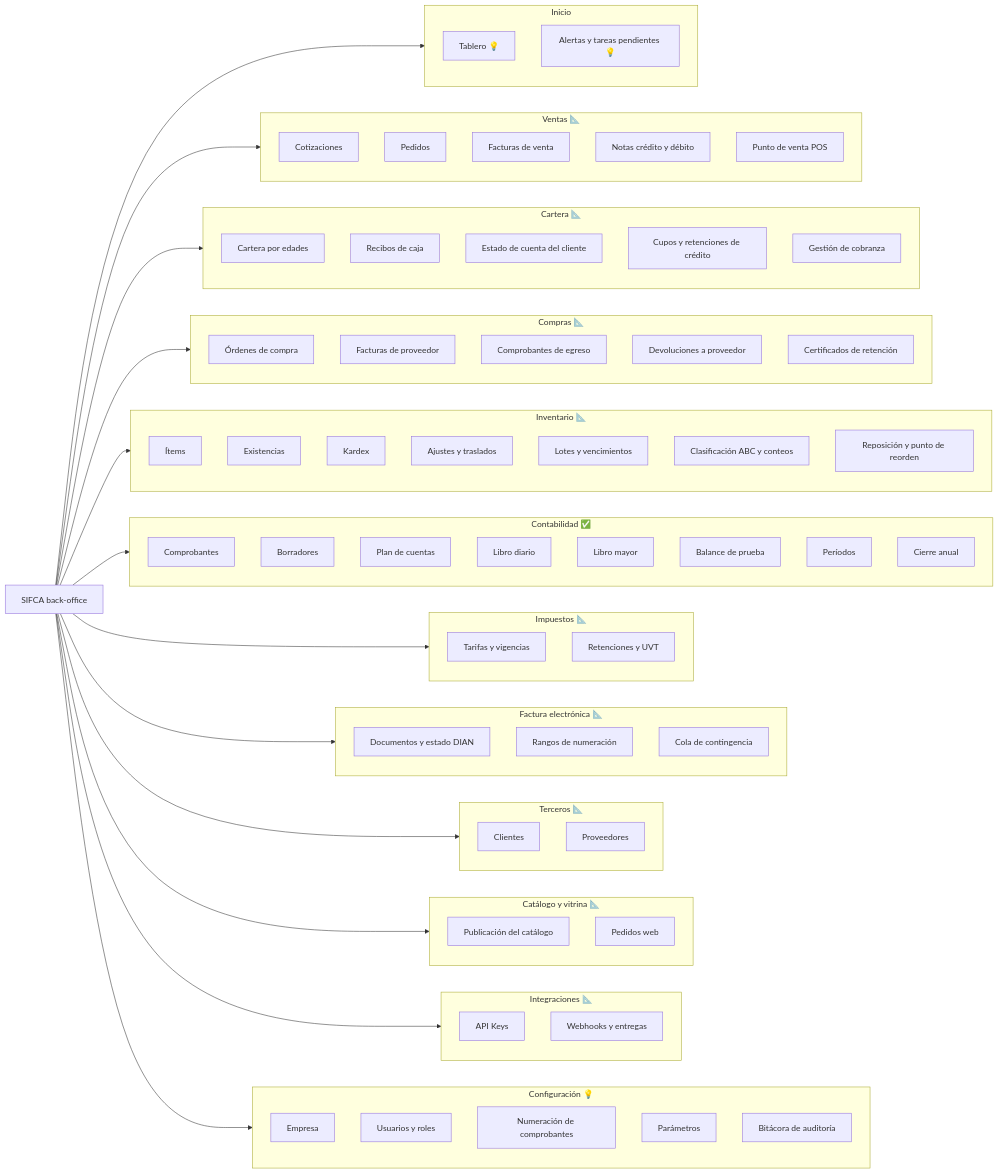
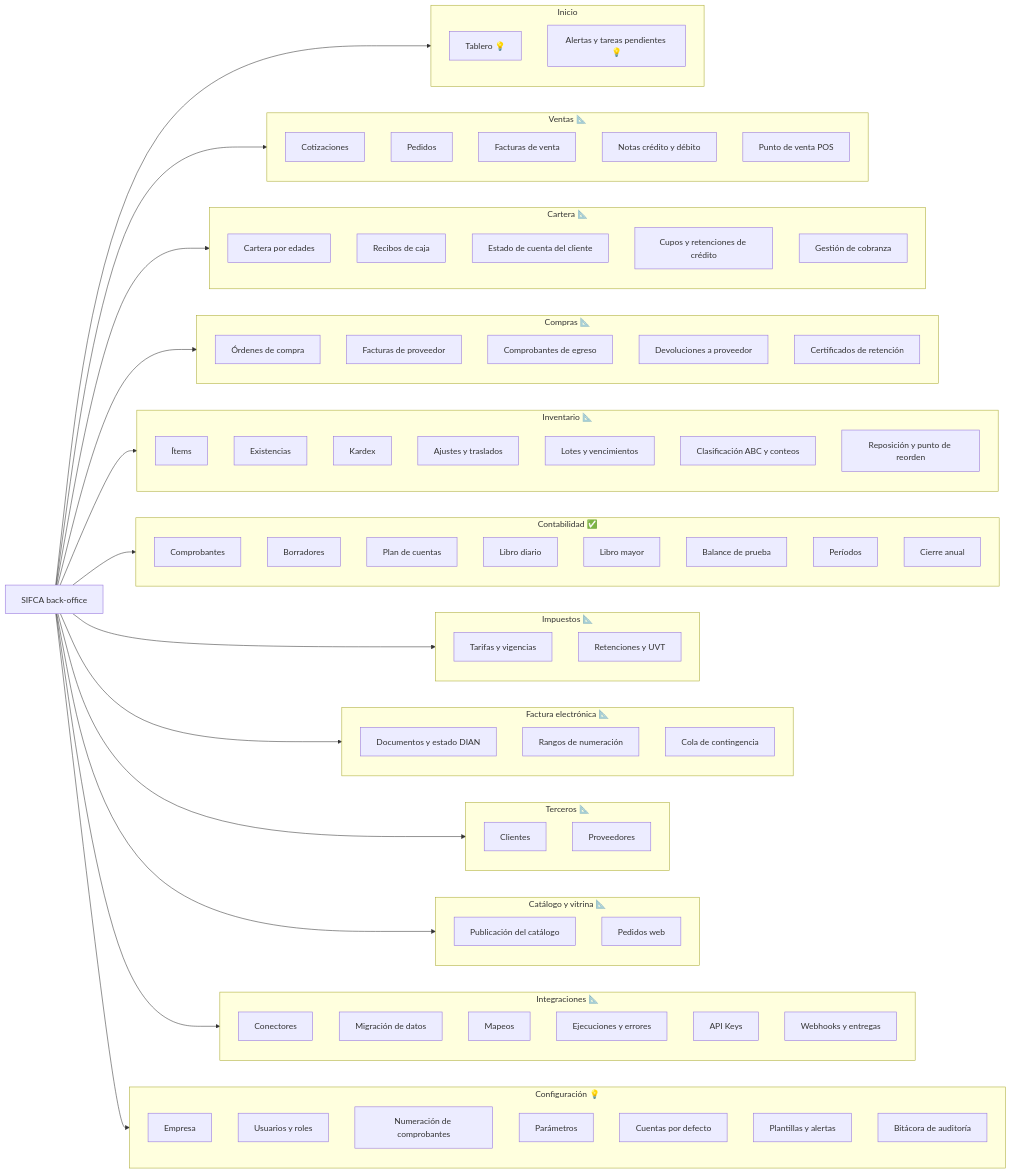
Before and after one commit to JpMurcia/SIFCA: the first of 4 diagrams in docs/04-diseno-ux/02-navegacion-y-arquitectura-de-informacion.md, drawn with Mermaid. The commit also changed other lines of this file and 11 other files, not shown here.

First line of the commit message:
docs: integraciones, migración de datos (Alegra y archivos) y configuración por empresa; fase F8 en el roadmap

```diff
--- a/docs/04-diseno-ux/02-navegacion-y-arquitectura-de-informacion.md
+++ b/docs/04-diseno-ux/02-navegacion-y-arquitectura-de-informacion.md
@@ -93,8 +93,12 @@
     end
 
     subgraph Integ["Integraciones 📐"]
-        G1["API Keys"]
-        G2["Webhooks y entregas"]
+        G1["Conectores"]
+        G2["Migración de datos"]
+        G3["Mapeos"]
+        G4["Ejecuciones y errores"]
+        G5["API Keys"]
+        G6["Webhooks y entregas"]
     end
 
     subgraph Conf["Configuración 💡"]
@@ -102,6 +106,8 @@
         K2["Usuarios y roles"]
         K3["Numeración de comprobantes"]
         K4["Parámetros"]
+        K6["Cuentas por defecto"]
+        K7["Plantillas y alertas"]
         K5["Bitácora de auditoría"]
     end
 
```
